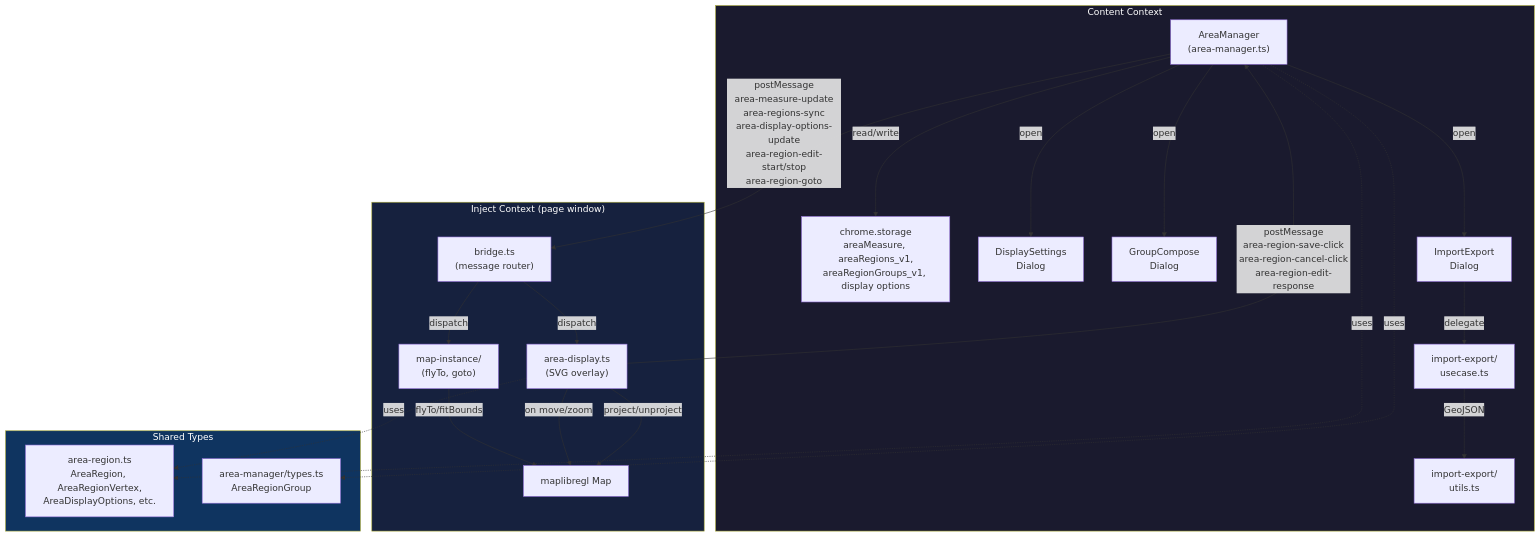
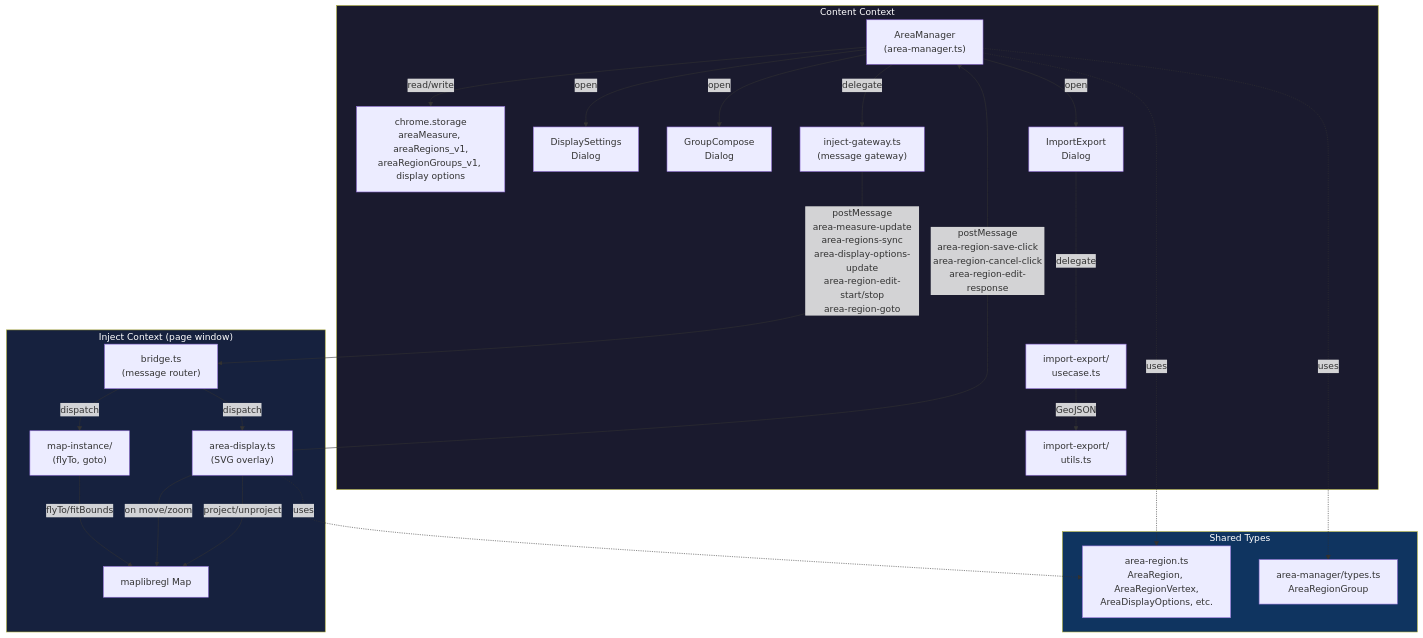
Before and after one commit to C20-40A/mr-wplace: the first of 2 diagrams in .claude/skills/area-coding/SKILL.md, drawn with Mermaid. The commit also changed other lines of this file and 2 other files, not shown here.

Commit message:
refactor(area-manager): extract content-inject messaging into inject gateway

````diff
--- a/.claude/skills/area-coding/SKILL.md
+++ b/.claude/skills/area-coding/SKILL.md
@@ -194,48 +234,50 @@
 ```mermaid
 graph TB
     subgraph Content["Content Context"]
         AM["AreaManager<br/>(area-manager.ts)"]
         Storage["chrome.storage<br/>areaMeasure, areaRegions_v1,<br/>areaRegionGroups_v1, display options"]
         DSD["DisplaySettings<br/>Dialog"]
         GCD["GroupCompose<br/>Dialog"]
         IED["ImportExport<br/>Dialog"]
         UC["import-export/<br/>usecase.ts"]
         UTIL["import-export/<br/>utils.ts"]
+        GW["inject-gateway.ts<br/>(message gateway)"]
 
         AM -->|read/write| Storage
         AM -->|open| DSD
         AM -->|open| GCD
         AM -->|open| IED
+        AM -->|delegate| GW
         IED -->|delegate| UC
         UC -->|GeoJSON| UTIL
     end
 
     subgraph Inject["Inject Context (page window)"]
         Bridge["bridge.ts<br/>(message router)"]
         AD["area-display.ts<br/>(SVG overlay)"]
         MI["map-instance/<br/>(flyTo, goto)"]
         Map["maplibregl Map"]
 
         Bridge -->|dispatch| AD
         Bridge -->|dispatch| MI
         AD -->|project/unproject| Map
         AD -->|on move/zoom| Map
         MI -->|flyTo/fitBounds| Map
     end
 
     subgraph Types["Shared Types"]
         AT["area-region.ts<br/>AreaRegion, AreaRegionVertex,<br/>AreaDisplayOptions, etc."]
         AGT["area-manager/types.ts<br/>AreaRegionGroup"]
     end
 
-    AM -- "postMessage<br/>area-measure-update<br/>area-regions-sync<br/>area-display-options-update<br/>area-region-edit-start/stop<br/>area-region-goto" --> Bridge
+    GW -- "postMessage<br/>area-measure-update<br/>area-regions-sync<br/>area-display-options-update<br/>area-region-edit-start/stop<br/>area-region-goto" --> Bridge
     AD -- "postMessage<br/>area-region-save-click<br/>area-region-cancel-click<br/>area-region-edit-response" --> AM
 
     AM -.->|uses| AT
     AM -.->|uses| AGT
     AD -.->|uses| AT
 
     style Content fill:#1a1a2e,color:#fff
     style Inject fill:#16213e,color:#fff
     style Types fill:#0f3460,color:#fff
 ```
````
